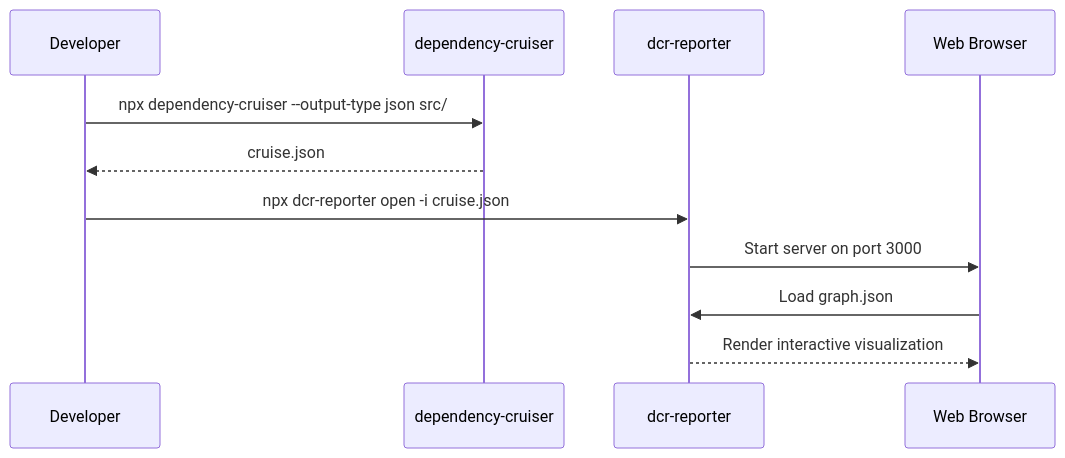
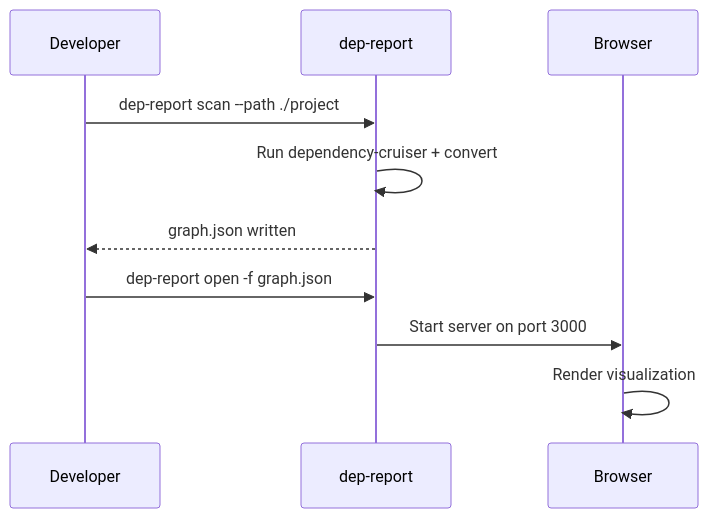
One commit to fisher-89/dependency-cruiser-reporter changed the second of 4 diagrams in docs/usage/scenarios.md. Above: the diagram before and after it, drawn with Mermaid. The commit also changed other lines of this file and 20 other files, not shown here.

````diff
--- a/docs/usage/scenarios.md
+++ b/docs/usage/scenarios.md
@@ -34,14 +28,13 @@
 ```mermaid
 sequenceDiagram
     participant Dev as Developer
-    participant DC as dependency-cruiser
-    participant R as dcr-reporter
-    participant Browser as Web Browser
+    participant CLI as dep-report
+    participant Browser
 
-    Dev->>DC: npx dependency-cruiser --output-type json src/
-    DC-->>Dev: cruise.json
-    Dev->>R: npx dcr-reporter open -i cruise.json
-    R->>Browser: Start server on port 3000
-    Browser->>R: Load graph.json
-    R-->>Browser: Render interactive visualization
+    Dev->>CLI: dep-report scan --path ./project
+    CLI->>CLI: Run dependency-cruiser + convert
+    CLI-->>Dev: graph.json written
+    Dev->>CLI: dep-report open -f graph.json
+    CLI->>Browser: Start server on port 3000
+    Browser->>Browser: Render visualization
 ```
````
